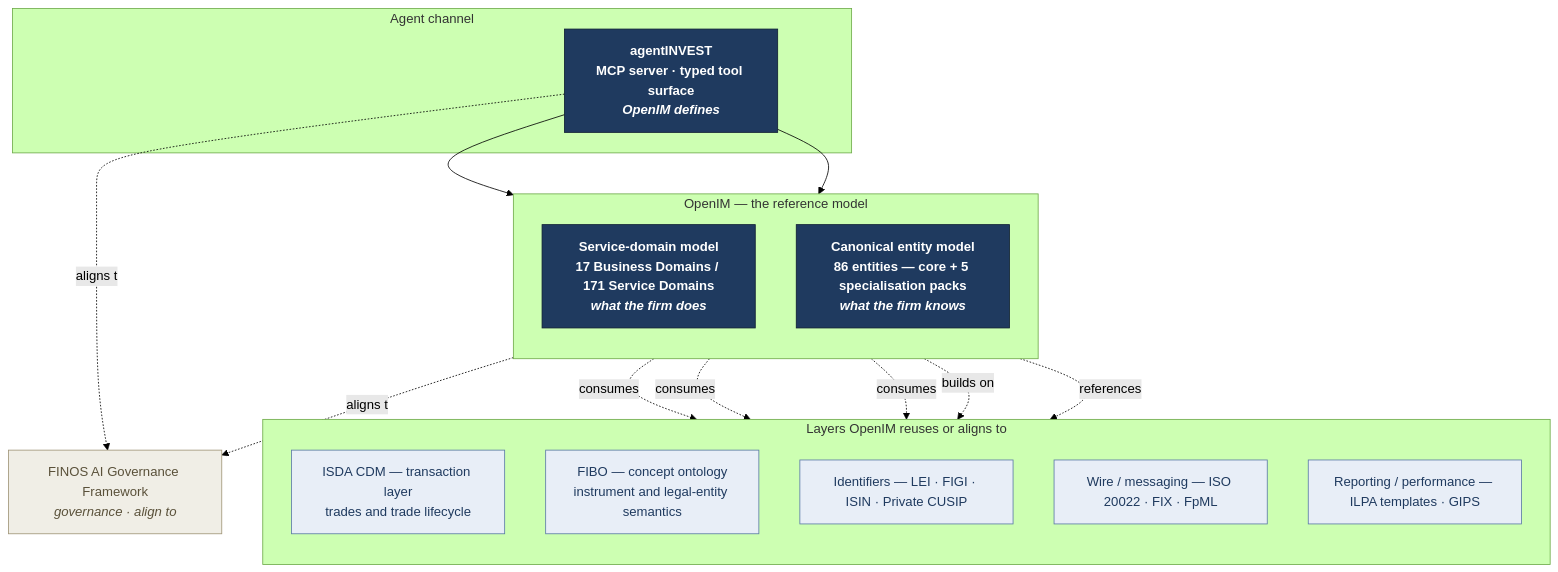
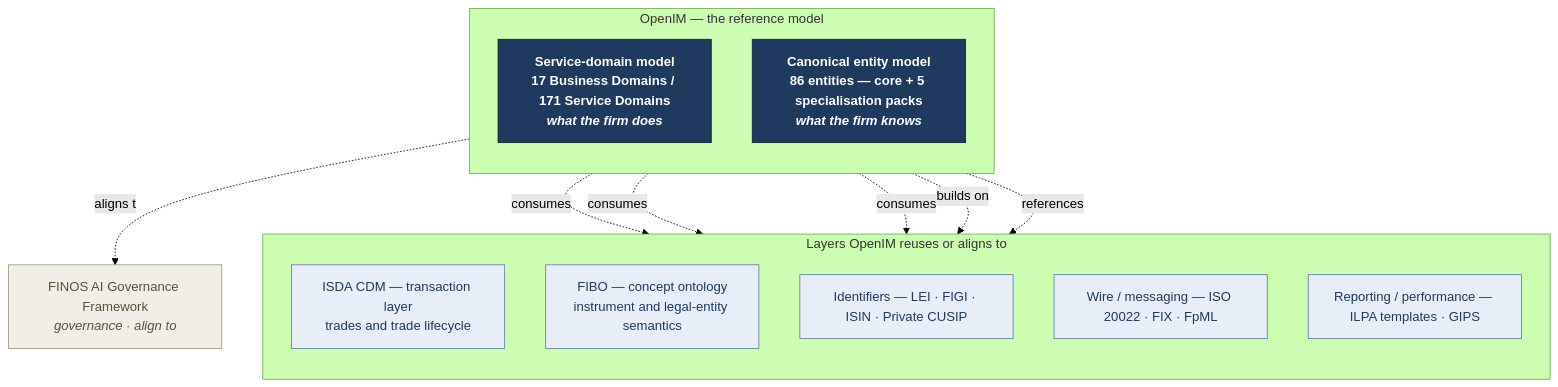
Before and after one commit to antikas/open-investment-model: the diagram in model/diagrams/01-layer-stack.md, drawn with Mermaid (forest theme). The commit also changed other lines of this file and 257 other files, not shown here.

````diff
--- a/model/diagrams/01-layer-stack.md
+++ b/model/diagrams/01-layer-stack.md
@@ -7,37 +7,30 @@
 ```mermaid
 flowchart TB
     classDef openim   fill:#1f3a5f,stroke:#0e1e33,color:#fff,font-weight:bold
     classDef reuse    fill:#e8eef7,stroke:#5b7aa6,color:#1f3a5f
     classDef govern   fill:#f0eee6,stroke:#a09578,color:#5a513a
-
-    subgraph AGENT[Agent channel]
-        A1["agentINVEST<br/>MCP server · typed tool surface<br/><i>OpenIM defines</i>"]:::openim
-    end
 
     subgraph MODEL[OpenIM — the reference model]
         direction TB
         M1["Service-domain model<br/>17 Business Domains / 171 Service Domains<br/><i>what the firm does</i>"]:::openim
         M2["Canonical entity model<br/>86 entities — core + 5 specialisation packs<br/><i>what the firm knows</i>"]:::openim
     end
 
     subgraph BELOW[Layers OpenIM reuses or aligns to]
         direction TB
         B1["ISDA CDM — transaction layer<br/>trades and trade lifecycle"]:::reuse
         B2["FIBO — concept ontology<br/>instrument and legal-entity semantics"]:::reuse
         B3["Identifiers — LEI · FIGI · ISIN · Private CUSIP"]:::reuse
         B4["Wire / messaging — ISO 20022 · FIX · FpML"]:::reuse
         B5["Reporting / performance — ILPA templates · GIPS"]:::reuse
     end
 
     G1["FINOS AI Governance Framework<br/><i>governance · align to</i>"]:::govern
 
-    A1 --> M1
-    A1 --> M2
     M1 -.consumes.-> B1
     M1 -.consumes.-> B4
     M1 -.consumes.-> B5
     M2 -.builds on.-> B2
     M2 -.references.-> B3
     M2 -.aligns to.-> G1
-    A1 -.aligns to.-> G1
 ```
````
